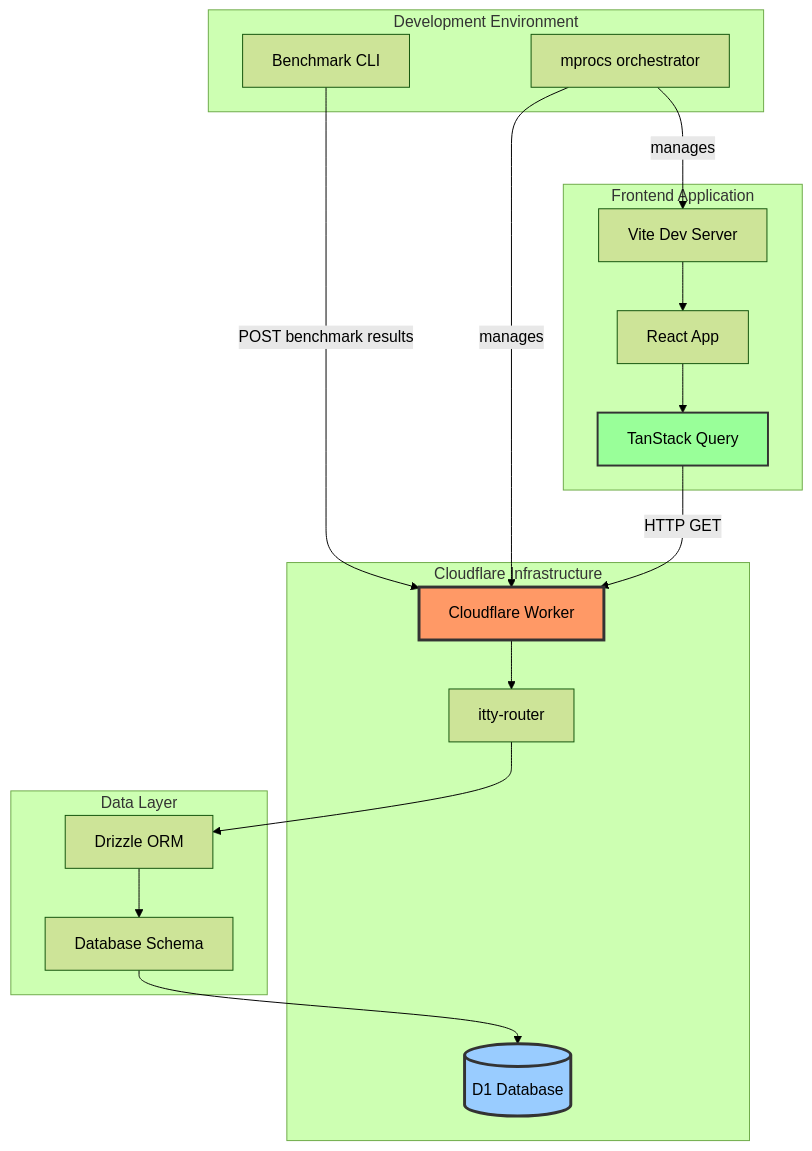
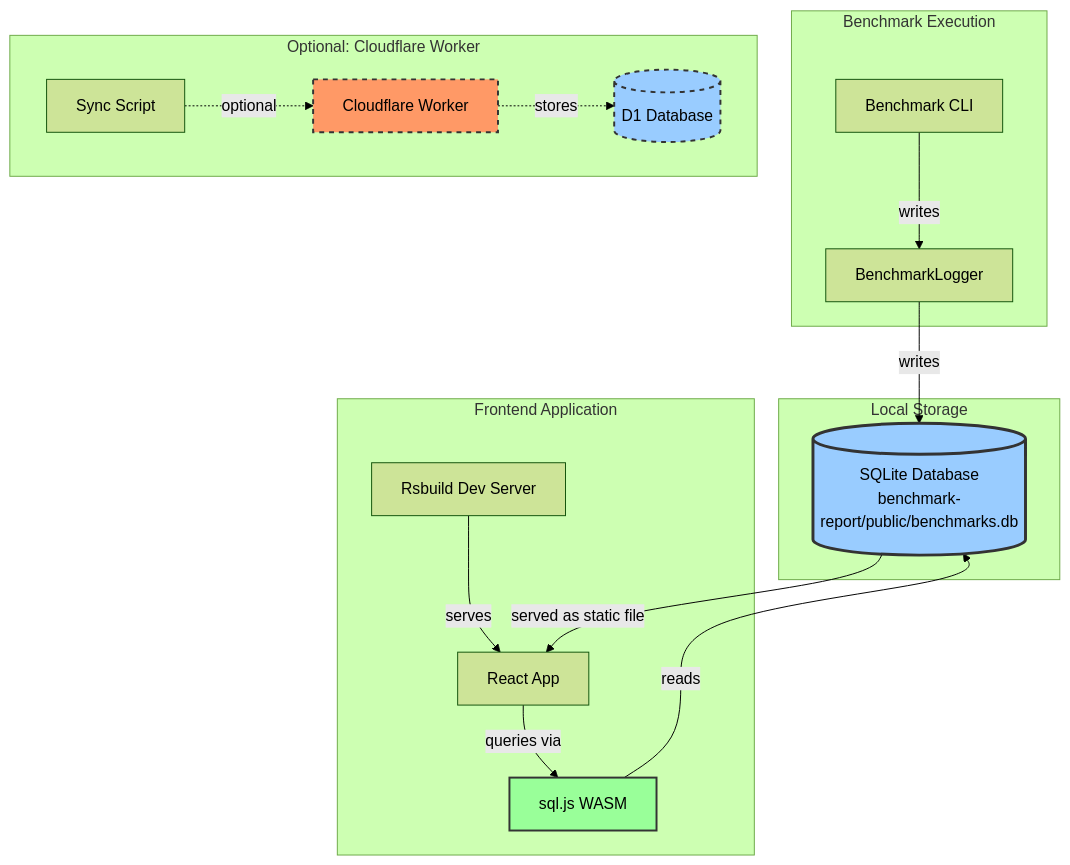
The second of 19 diagrams in ARCHITECTURE.md (ZephyrCloudIO/ze-benchmarks), drawn with Mermaid (forest theme) before and after one commit. The commit also changed other lines of this file and 10 other files, not shown here.

````diff
--- a/ARCHITECTURE.md
+++ b/ARCHITECTURE.md
@@ -97,41 +91,38 @@
 ```mermaid
 graph TB
-    subgraph "Development Environment"
+    subgraph "Benchmark Execution"
         CLI[Benchmark CLI]
-        MPROCS[mprocs orchestrator]
+        LOGGER[BenchmarkLogger]
     end
 
-    subgraph "Cloudflare Infrastructure"
-        WORKER[Cloudflare Worker]
-        D1[(D1 Database)]
-        ROUTER[itty-router]
+    subgraph "Local Storage"
+        SQLITE[(SQLite Database<br/>benchmark-report/public/benchmarks.db)]
     end
 
     subgraph "Frontend Application"
         REACT[React App]
-        TANSTACK[TanStack Query]
-        VITE[Vite Dev Server]
+        SQLJS[sql.js WASM]
+        RSBUILD[Rsbuild Dev Server]
     end
 
-    subgraph "Data Layer"
-        DRIZZLE[Drizzle ORM]
-        SCHEMA[Database Schema]
+    subgraph "Optional: Cloudflare Worker"
+        WORKER[Cloudflare Worker]
+        D1[(D1 Database)]
+        SYNC[Sync Script]
     end
 
-    CLI -->|POST benchmark results| WORKER
-    MPROCS -->|manages| WORKER
-    MPROCS -->|manages| VITE
+    CLI -->|writes| LOGGER
+    LOGGER -->|writes| SQLITE
+    SQLITE -->|served as static file| REACT
+    REACT -->|queries via| SQLJS
+    SQLJS -->|reads| SQLITE
+    RSBUILD -->|serves| REACT
+    
+    SYNC -.->|optional| WORKER
+    WORKER -.->|stores| D1
 
-    WORKER --> ROUTER
-    ROUTER --> DRIZZLE
-    DRIZZLE --> SCHEMA
-    SCHEMA --> D1
-
-    REACT --> TANSTACK
-    TANSTACK -->|HTTP GET| WORKER
-    VITE --> REACT
-
-    style WORKER fill:#f96,stroke:#333,stroke-width:3px
-    style D1 fill:#9cf,stroke:#333,stroke-width:3px
-    style TANSTACK fill:#9f9,stroke:#333,stroke-width:2px
+    style SQLITE fill:#9cf,stroke:#333,stroke-width:3px
+    style SQLJS fill:#9f9,stroke:#333,stroke-width:2px
+    style WORKER fill:#f96,stroke:#333,stroke-width:2px,stroke-dasharray: 5 5
+    style D1 fill:#9cf,stroke:#333,stroke-width:2px,stroke-dasharray: 5 5
 ```
````
